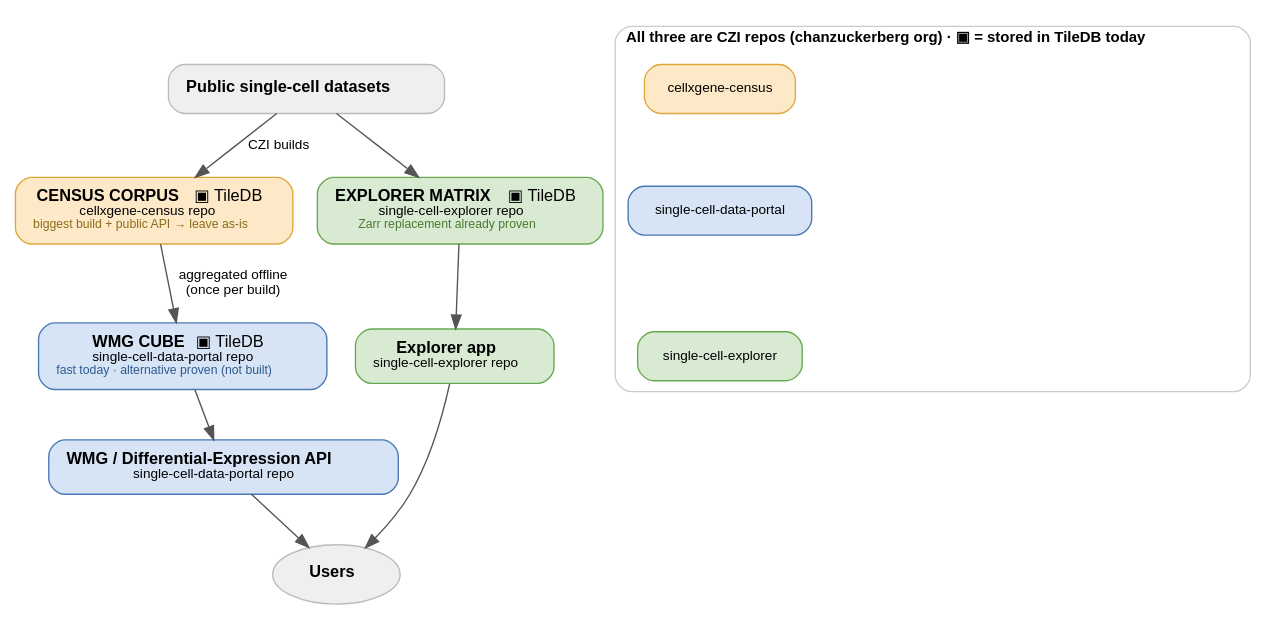
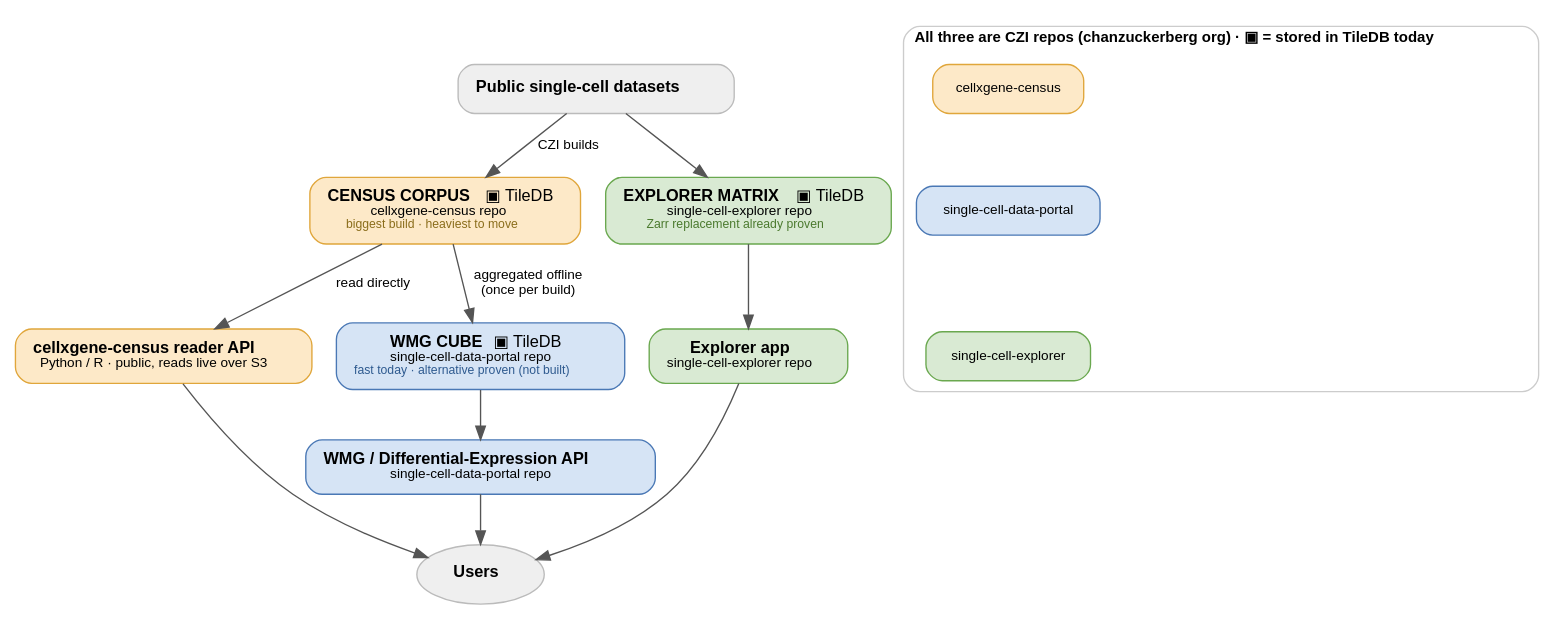
One commit to chanzuckerberg/single-cell-data-portal changed the diagram in storage_spike_system_map.dot. Above: the diagram before and after it, drawn with Graphviz. The commit also changed 1 other file, not shown here.

Commit message:
docs: add census→users public reader API path to system map; drop stale 'leave as-is' callout

```diff
--- a/storage_spike_system_map.dot
+++ b/storage_spike_system_map.dot
@@ -1,47 +1,53 @@
 digraph storage_spike {
   rankdir=TB;
   bgcolor="white";
   node [shape=box, style="rounded,filled", fontname="Helvetica", fontsize=12, margin="0.18,0.12"];
   edge [fontname="Helvetica", fontsize=10, color="#555555"];
 
   // neutral endpoints
   datasets [label=<<B>Public single-cell datasets</B>>, fillcolor="#EFEFEF", color="#BBBBBB"];
   users    [label=<<B>Users</B>>, shape=oval, fillcolor="#EFEFEF", color="#BBBBBB"];
 
   // cellxgene-census (amber)
-  census [label=<<B>CENSUS CORPUS</B> &#9635; TileDB<BR/><FONT POINT-SIZE="10">cellxgene-census repo</FONT><BR/><FONT POINT-SIZE="9" COLOR="#8A6D1B">biggest build + public API &#8594; leave as-is</FONT>>,
+  census [label=<<B>CENSUS CORPUS</B> &#9635; TileDB<BR/><FONT POINT-SIZE="10">cellxgene-census repo</FONT><BR/><FONT POINT-SIZE="9" COLOR="#8A6D1B">biggest build &#183; heaviest to move</FONT>>,
           fillcolor="#FDE9C8", color="#E0A63B"];
+  readerapi [label=<<B>cellxgene-census reader API</B><BR/><FONT POINT-SIZE="10">Python / R &#183; public, reads live over S3</FONT>>,
+             fillcolor="#FDE9C8", color="#E0A63B"];
 
   // single-cell-data-portal (blue)
   cube [label=<<B>WMG CUBE</B> &#9635; TileDB<BR/><FONT POINT-SIZE="10">single-cell-data-portal repo</FONT><BR/><FONT POINT-SIZE="9" COLOR="#2E5A8F">fast today &#183; alternative proven (not built)</FONT>>,
         fillcolor="#D6E4F5", color="#4A78B5"];
   api  [label=<<B>WMG / Differential-Expression API</B><BR/><FONT POINT-SIZE="10">single-cell-data-portal repo</FONT>>,
         fillcolor="#D6E4F5", color="#4A78B5"];
 
   // single-cell-explorer (green)
   expmatrix [label=<<B>EXPLORER MATRIX</B> &#9635; TileDB<BR/><FONT POINT-SIZE="10">single-cell-explorer repo</FONT><BR/><FONT POINT-SIZE="9" COLOR="#4B7A2E">Zarr replacement already proven</FONT>>,
              fillcolor="#D9EAD3", color="#6AA84F"];
   expapp [label=<<B>Explorer app</B><BR/><FONT POINT-SIZE="10">single-cell-explorer repo</FONT>>,
           fillcolor="#D9EAD3", color="#6AA84F"];
 
   // main flow
   datasets -> census [label="CZI builds"];
   census   -> cube    [label="aggregated offline\n(once per build)"];
   cube     -> api;
   api      -> users;
 
+  // census public reader API — external users read the corpus directly
+  census    -> readerapi [label="read directly"];
+  readerapi -> users;
+
   // explorer flow
   datasets  -> expmatrix;
   expmatrix -> expapp;
   expapp    -> users;
 
   // legend
   subgraph cluster_legend {
     label=<<B>All three are CZI repos (chanzuckerberg org) &#183; &#9635; = stored in TileDB today</B>>;
     labeljust="l"; fontname="Helvetica"; fontsize=11; color="#CCCCCC"; style="rounded";
     l1 [label="cellxgene-census", fillcolor="#FDE9C8", color="#E0A63B", fontsize=10];
     l2 [label="single-cell-data-portal", fillcolor="#D6E4F5", color="#4A78B5", fontsize=10];
     l3 [label="single-cell-explorer", fillcolor="#D9EAD3", color="#6AA84F", fontsize=10];
     l1 -> l2 -> l3 [style=invis];
   }
 }
```
